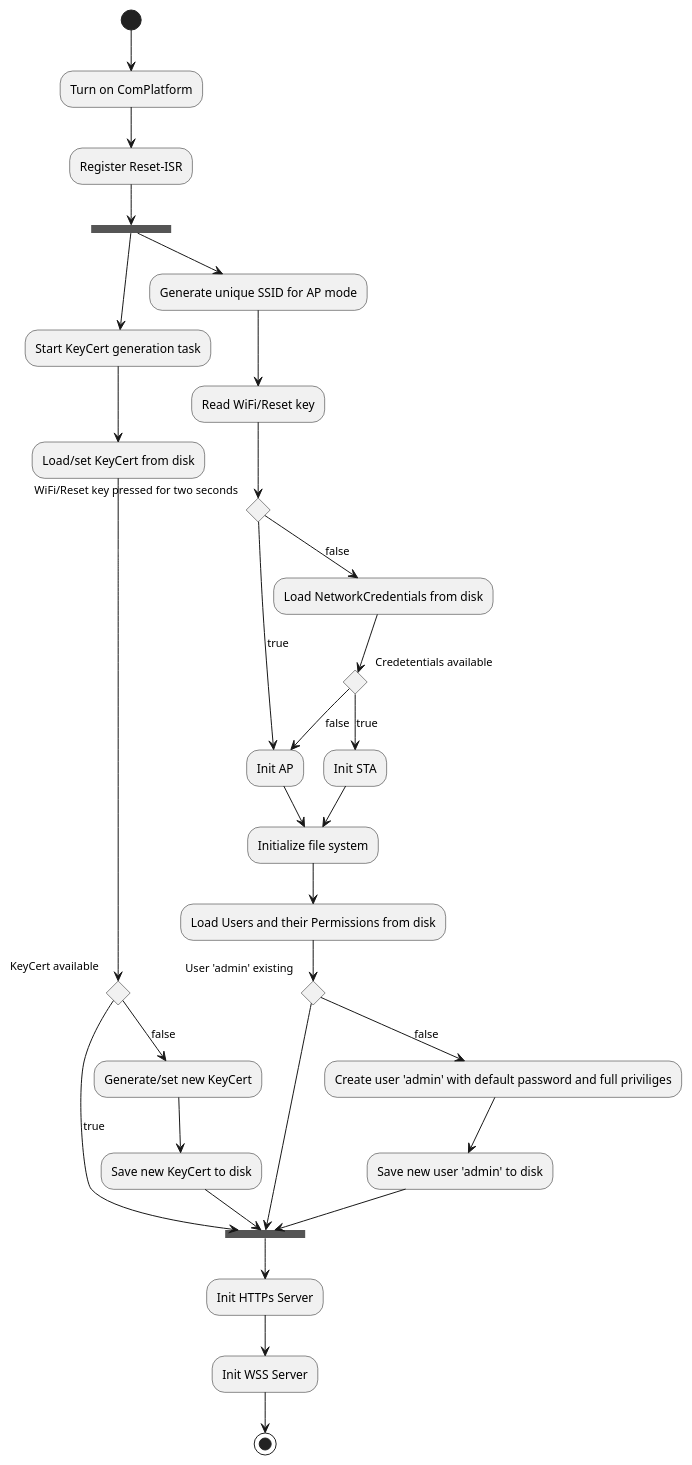
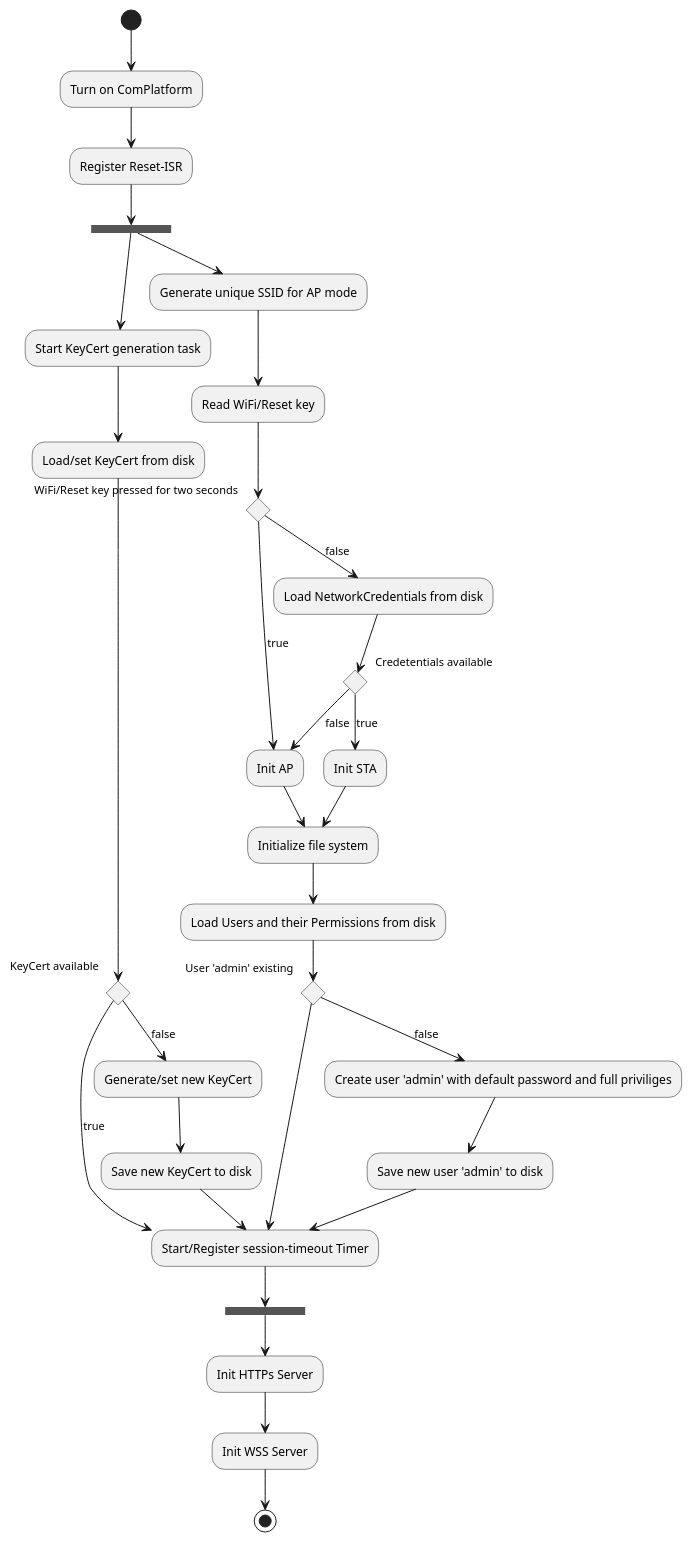
Before and after one commit to NewTec-GmbH/ZumoComSystem: the diagram in doc/design/server/ActivityDiagrams/01_System_Init.plantuml, drawn with PlantUML. The commit also changed 30 other files, not shown here.

```diff
--- a/doc/design/server/ActivityDiagrams/01_System_Init.plantuml
+++ b/doc/design/server/ActivityDiagrams/01_System_Init.plantuml
@@ -1,44 +1,45 @@
 @startuml
 (*) --> "Turn on ComPlatform"
 --> "Register Reset-ISR"
 --> === S1 ===
 --> "Start KeyCert generation task"
 --> "Load/set KeyCert from disk"
 
 if "KeyCert available" then
-    --> [true] === S2 ===
+    --> [true] "Start/Register session-timeout Timer"
 else 
     --> [false] "Generate/set new KeyCert"
     --> "Save new KeyCert to disk"
-    --> === S2 ===
+    --> "Start/Register session-timeout Timer"
 endif
 
 === S1 === --> "Generate unique SSID for AP mode"
 --> "Read WiFi/Reset key"
 
 if "WiFi/Reset key pressed for two seconds" then
     --> [true] "Init AP" as initap
 else
     --> [false] "Load NetworkCredentials from disk"
     if "Credetentials available" then
         --> [true] "Init STA"
         --> "Initialize file system"
 else 
         --> [false] initap
 endif
 
 --> "Initialize file system"
 --> "Load Users and their Permissions from disk"
 
 if "User 'admin' existing" then
-    --> === S2 ===
+    --> "Start/Register session-timeout Timer"
 else
     --> [false] "Create user 'admin' with default password and full priviliges"
     --> "Save new user 'admin' to disk"
 endif
 
+--> "Start/Register session-timeout Timer"
 --> === S2 ===
 --> "Init HTTPs Server"
 --> "Init WSS Server"
 --> (*)
 @enduml
```
